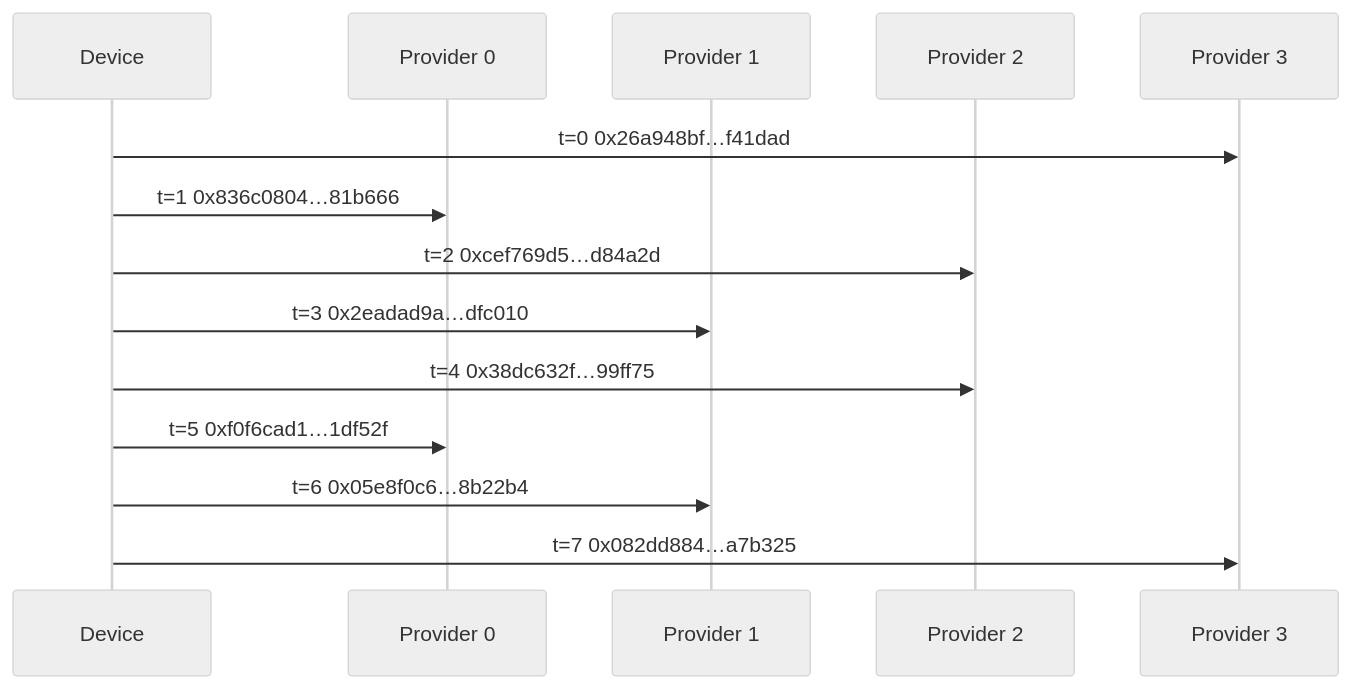
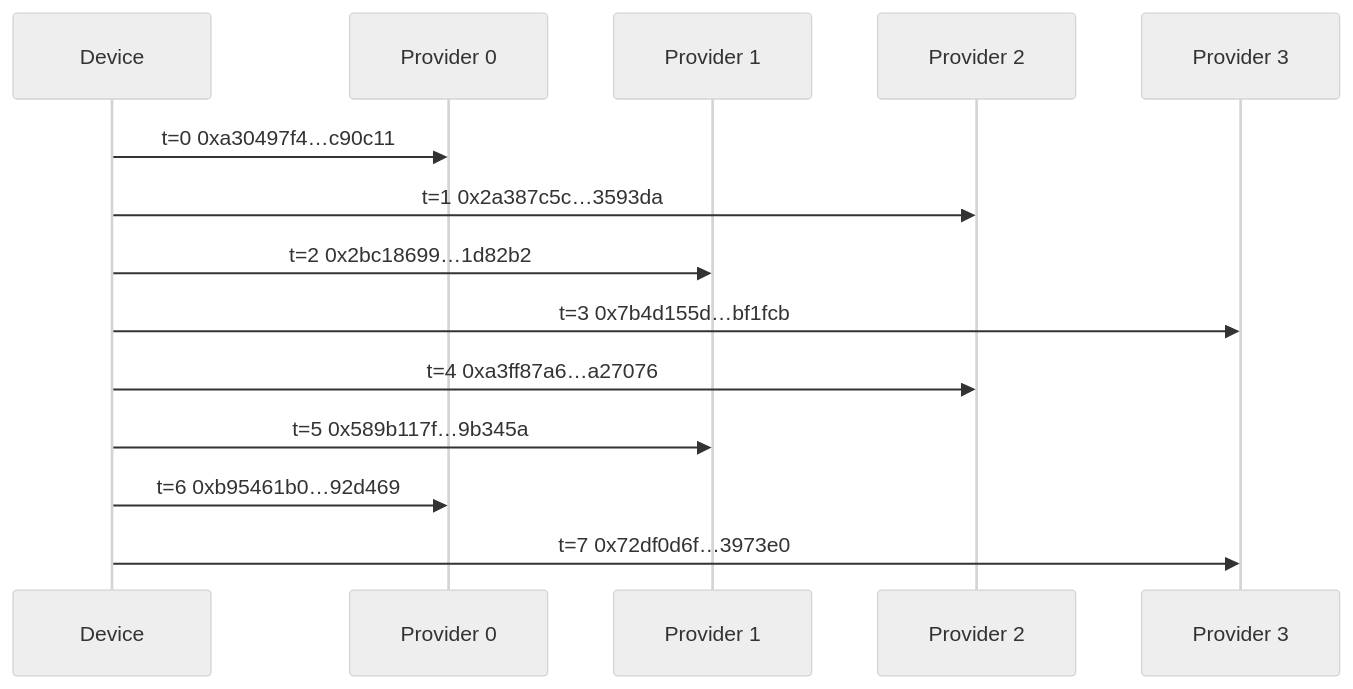
Diagram 12 of 14 in papers/main-paper.md (cekkr/phaselane-algorithm), drawn with Mermaid before and after one commit. The commit also changed other lines of this file and 3 other files, not shown here.

````diff
--- a/papers/main-paper.md
+++ b/papers/main-paper.md
@@ -1250,18 +1252,18 @@
 ```mermaid
 %%{init: {"theme":"neutral"} }%%
 sequenceDiagram
   participant D as Device
   participant P0 as Provider 0
   participant P1 as Provider 1
   participant P2 as Provider 2
   participant P3 as Provider 3
 
-  D->>P3: t=0  0x26a948bf…f41dad
-  D->>P0: t=1  0x836c0804…81b666
-  D->>P2: t=2  0xcef769d5…d84a2d
-  D->>P1: t=3  0x2eadad9a…dfc010
-  D->>P2: t=4  0x38dc632f…99ff75
-  D->>P0: t=5  0xf0f6cad1…1df52f
-  D->>P1: t=6  0x05e8f0c6…8b22b4
-  D->>P3: t=7  0x082dd884…a7b325
+  D->>P0: t=0  0xa30497f4…c90c11
+  D->>P2: t=1  0x2a387c5c…3593da
+  D->>P1: t=2  0x2bc18699…1d82b2
+  D->>P3: t=3  0x7b4d155d…bf1fcb
+  D->>P2: t=4  0xa3ff87a6…a27076
+  D->>P1: t=5  0x589b117f…9b345a
+  D->>P0: t=6  0xb95461b0…92d469
+  D->>P3: t=7  0x72df0d6f…3973e0
 ```
````
